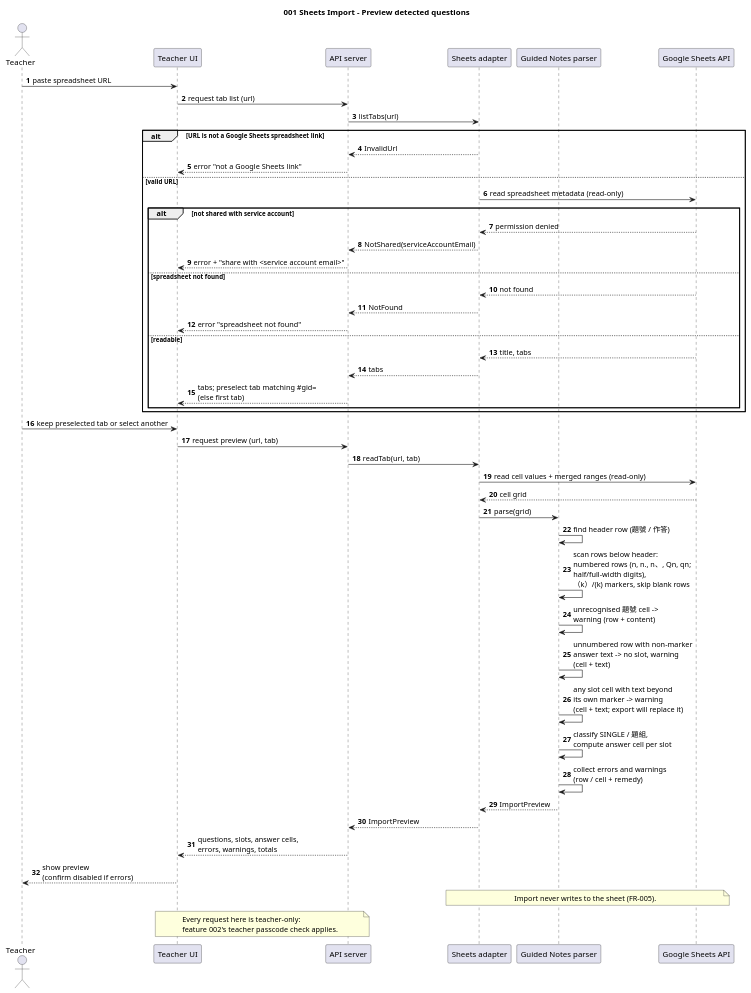
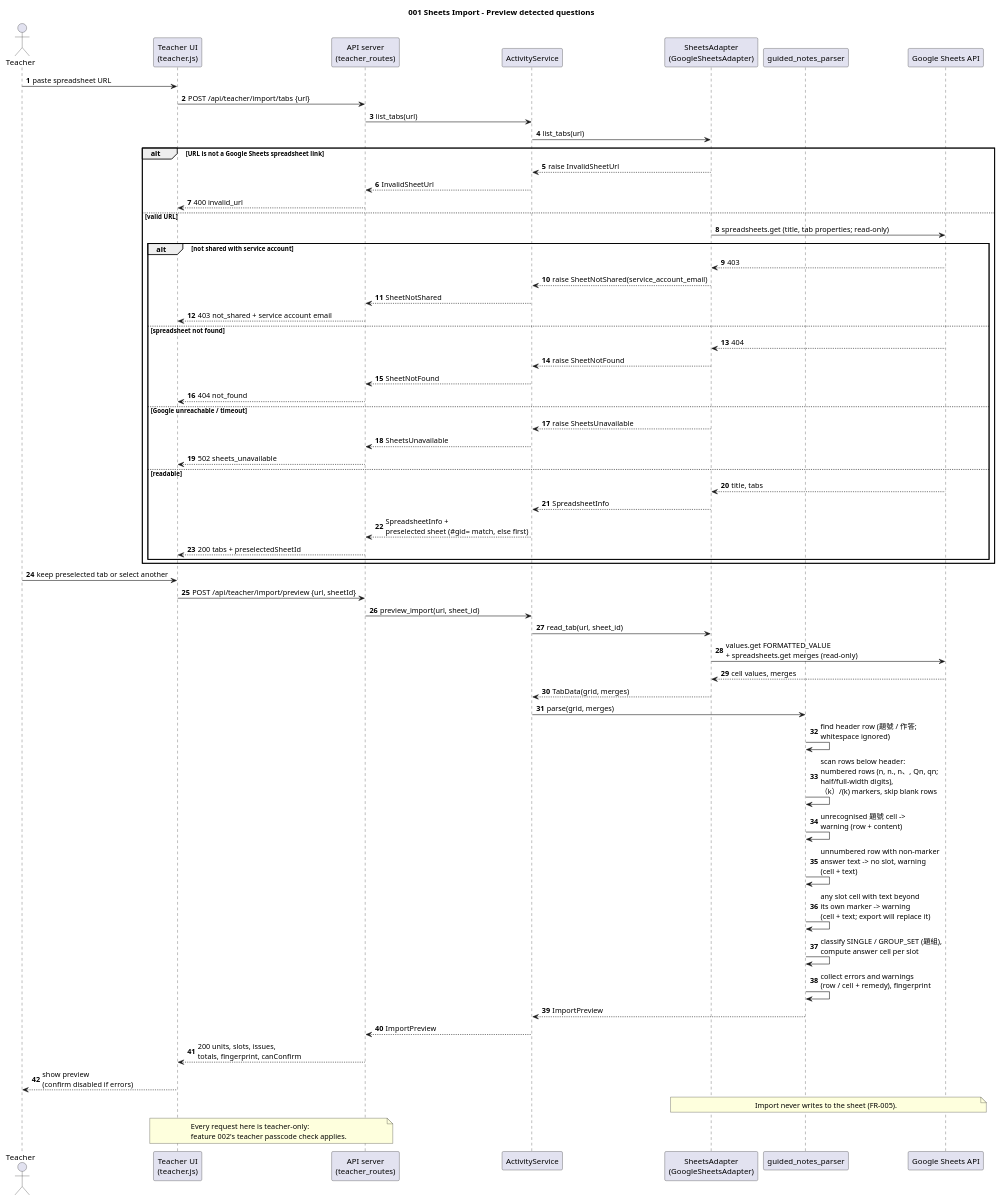
One commit to WasabiSaikou/quiz-buzzer changed the diagram in diagrams/001-seq-import-preview.puml. Above: the diagram before and after it, drawn with PlantUML. The commit also changed 16 other files, not shown here.

```diff
--- a/diagrams/001-seq-import-preview.puml
+++ b/diagrams/001-seq-import-preview.puml
@@ -1,64 +1,76 @@
 @startuml 001-seq-import-preview
 title 001 Sheets Import - Preview detected questions
 
 skinparam shadowing false
 skinparam defaultFontName "Microsoft JhengHei"
 autonumber
 
 actor Teacher
-participant "Teacher UI" as TUI
-participant "API server" as API
-participant "Sheets adapter" as SA
-participant "Guided Notes parser" as PARSER
+participant "Teacher UI\n(teacher.js)" as TUI
+participant "API server\n(teacher_routes)" as API
+participant "ActivityService" as ACT
+participant "SheetsAdapter\n(GoogleSheetsAdapter)" as SA
+participant "guided_notes_parser" as PARSER
 participant "Google Sheets API" as GSA
 
 Teacher -> TUI : paste spreadsheet URL
-TUI -> API : request tab list (url)
-API -> SA : listTabs(url)
+TUI -> API : POST /api/teacher/import/tabs {url}
+API -> ACT : list_tabs(url)
+ACT -> SA : list_tabs(url)
 alt URL is not a Google Sheets spreadsheet link
-  SA --> API : InvalidUrl
-  API --> TUI : error "not a Google Sheets link"
+  SA --> ACT : raise InvalidSheetUrl
+  ACT --> API : InvalidSheetUrl
+  API --> TUI : 400 invalid_url
 else valid URL
-  SA -> GSA : read spreadsheet metadata (read-only)
+  SA -> GSA : spreadsheets.get (title, tab properties; read-only)
   alt not shared with service account
-    GSA --> SA : permission denied
-    SA --> API : NotShared(serviceAccountEmail)
-    API --> TUI : error + "share with <service account email>"
+    GSA --> SA : 403
+    SA --> ACT : raise SheetNotShared(service_account_email)
+    ACT --> API : SheetNotShared
+    API --> TUI : 403 not_shared + service account email
   else spreadsheet not found
-    GSA --> SA : not found
-    SA --> API : NotFound
-    API --> TUI : error "spreadsheet not found"
+    GSA --> SA : 404
+    SA --> ACT : raise SheetNotFound
+    ACT --> API : SheetNotFound
+    API --> TUI : 404 not_found
+  else Google unreachable / timeout
+    SA --> ACT : raise SheetsUnavailable
+    ACT --> API : SheetsUnavailable
+    API --> TUI : 502 sheets_unavailable
   else readable
     GSA --> SA : title, tabs
-    SA --> API : tabs
-    API --> TUI : tabs; preselect tab matching #gid=\n(else first tab)
+    SA --> ACT : SpreadsheetInfo
+    ACT --> API : SpreadsheetInfo +\npreselected sheet (#gid= match, else first)
+    API --> TUI : 200 tabs + preselectedSheetId
   end
 end
 
 Teacher -> TUI : keep preselected tab or select another
-TUI -> API : request preview (url, tab)
-API -> SA : readTab(url, tab)
-SA -> GSA : read cell values + merged ranges (read-only)
-GSA --> SA : cell grid
-SA -> PARSER : parse(grid)
-PARSER -> PARSER : find header row (題號 / 作答)
+TUI -> API : POST /api/teacher/import/preview {url, sheetId}
+API -> ACT : preview_import(url, sheet_id)
+ACT -> SA : read_tab(url, sheet_id)
+SA -> GSA : values.get FORMATTED_VALUE\n+ spreadsheets.get merges (read-only)
+GSA --> SA : cell values, merges
+SA --> ACT : TabData(grid, merges)
+ACT -> PARSER : parse(grid, merges)
+PARSER -> PARSER : find header row (題號 / 作答;\nwhitespace ignored)
 PARSER -> PARSER : scan rows below header:\nnumbered rows (n, n., n、, Qn, qn;\nhalf/full-width digits),\n（k）/(k) markers, skip blank rows
 PARSER -> PARSER : unrecognised 題號 cell ->\nwarning (row + content)
 PARSER -> PARSER : unnumbered row with non-marker\nanswer text -> no slot, warning\n(cell + text)
 PARSER -> PARSER : any slot cell with text beyond\nits own marker -> warning\n(cell + text; export will replace it)
-PARSER -> PARSER : classify SINGLE / 題組,\ncompute answer cell per slot
-PARSER -> PARSER : collect errors and warnings\n(row / cell + remedy)
-PARSER --> SA : ImportPreview
-SA --> API : ImportPreview
-API --> TUI : questions, slots, answer cells,\nerrors, warnings, totals
+PARSER -> PARSER : classify SINGLE / GROUP_SET (題組),\ncompute answer cell per slot
+PARSER -> PARSER : collect errors and warnings\n(row / cell + remedy), fingerprint
+PARSER --> ACT : ImportPreview
+ACT --> API : ImportPreview
+API --> TUI : 200 units, slots, issues,\ntotals, fingerprint, canConfirm
 TUI --> Teacher : show preview\n(confirm disabled if errors)
 
 note over SA, GSA
   Import never writes to the sheet (FR-005).
 end note
 
 note over TUI, API
   Every request here is teacher-only:
   feature 002's teacher passcode check applies.
 end note
 @enduml
```
